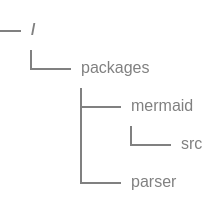
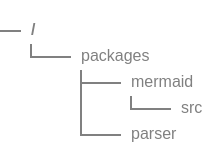
Before and after one commit to groovy-gorilla/tfx: the diagram in README.md, drawn with Mermaid.

````diff
--- a/README.md
+++ b/README.md
@@ -20,20 +20,20 @@
 ```mermaid
 ---
 config:
     treeView:
         rowIndent: 20
         lineThickness: 1
         paddingX: 5
-        paddingY: 5
+        paddingY: 2
     themeVariables:
         treeView:
             labelFontSize: '8px'
             labelColor: '#808080'
             lineColor: '#808080'
 ---
 treeView-beta
     "packages"
         "mermaid"
             "src"
         "parser"
 ```
````
